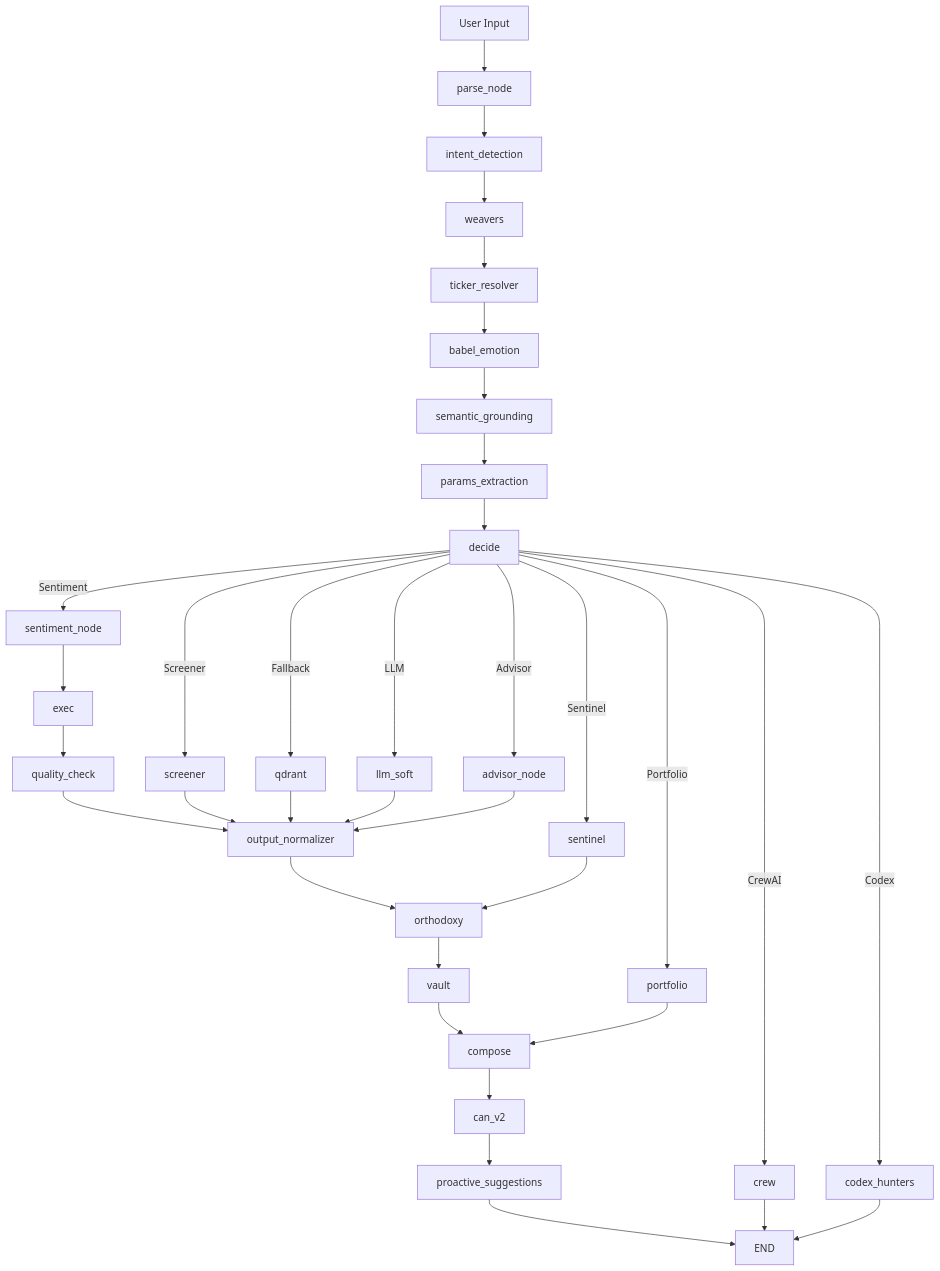
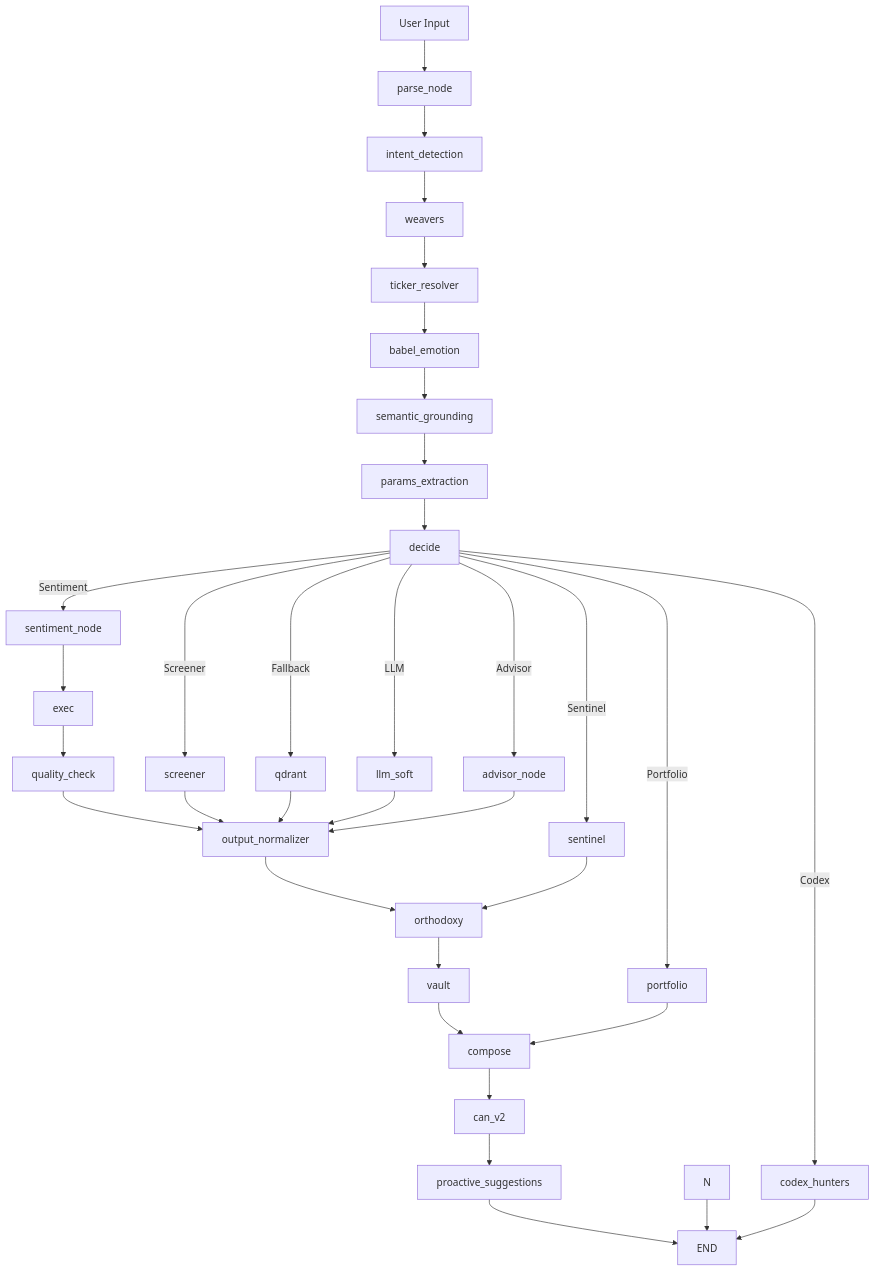
Before and after one commit to vitruvyan/vitruvyan-core: the diagram in .github/Vitruvyan_Appendix_J_LangGraph_Executive_Summary.md, drawn with Mermaid. The commit also changed other lines of this file and 3 other files, not shown here.

````diff
--- a/.github/Vitruvyan_Appendix_J_LangGraph_Executive_Summary.md
+++ b/.github/Vitruvyan_Appendix_J_LangGraph_Executive_Summary.md
@@ -205,41 +205,40 @@
 ```mermaid
 graph TD
     A[User Input] --> B[parse_node]
     B --> C[intent_detection]
     C --> D[weavers]
     D --> E[ticker_resolver]
     E --> F[babel_emotion]
     F --> G[semantic_grounding]
     G --> H[params_extraction]
     H --> I[decide]
     
     I -->|Sentiment| J[sentiment_node]
     I -->|Screener| K[screener]
     I -->|Fallback| L[qdrant]
     I -->|LLM| M[llm_soft]
-    I -->|CrewAI| N[crew]
     I -->|Sentinel| O[sentinel]
     I -->|Portfolio| P[portfolio]
     I -->|Codex| Q[codex_hunters]
     I -->|Advisor| AA[advisor_node]
     
     J --> R[exec]
     R --> S[quality_check]
     S --> T[output_normalizer]
     K --> T
     L --> T
     M --> T
     AA --> T
     
     T --> U[orthodoxy]
     U --> V[vault]
     V --> W[compose]
     W --> X[can_v2]
     X --> Y[proactive_suggestions]
     Y --> Z[END]
     
     N --> Z
     O --> U
     P --> W
     Q --> Z
 ```
````
